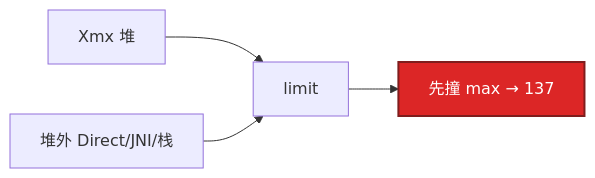
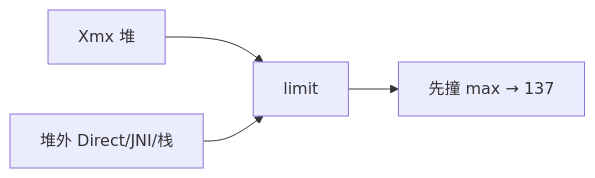
Before and after one commit to ml-cuizijun/LearnToLilith: the third of 4 diagrams in 01-基础底座/07-内存与OOM/练习题.md, drawn with Mermaid. The commit also changed other lines of this file and 470 other files, not shown here.

````diff
--- a/01-基础底座/07-内存与OOM/练习题.md
+++ b/01-基础底座/07-内存与OOM/练习题.md
@@ -233,9 +230,8 @@
 ```mermaid
 flowchart LR
     heap[Xmx 堆] --> lim[limit]
     off[堆外 Direct/JNI/栈] --> lim
     lim --> kill[先撞 max → 137]
 
-    classDef bad fill:#DC2626,stroke:#7F1D1D,stroke-width:2px,color:#fff
     class kill bad
 ```
````
